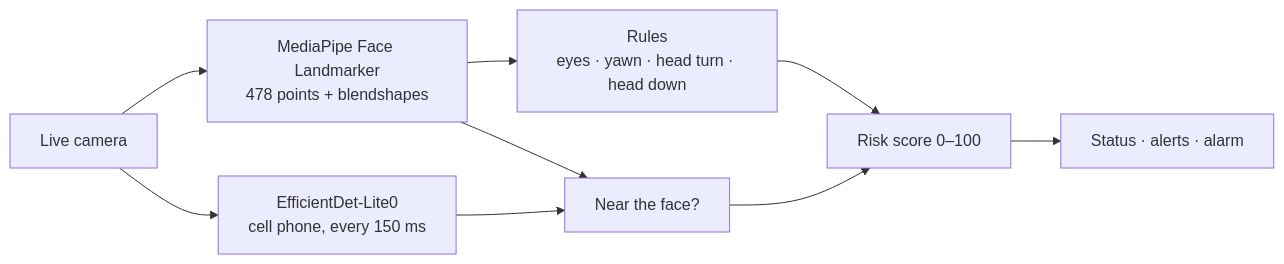
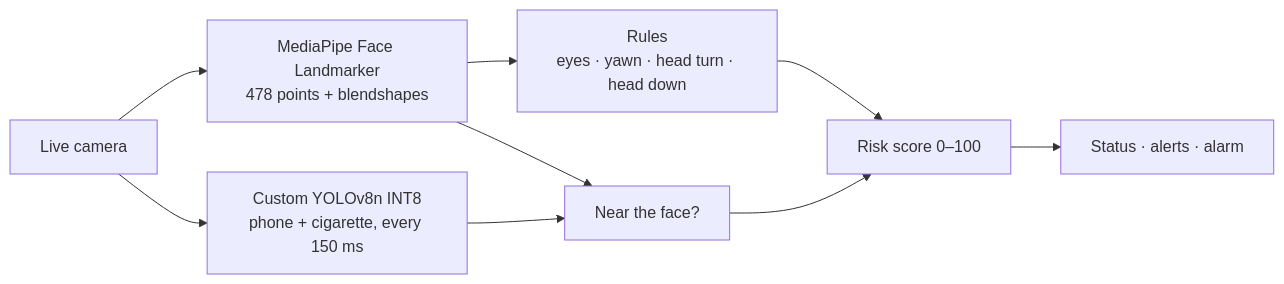
The diagram in README.md (Amanjaiiinnn/dms-web), drawn with Mermaid before and after one commit. The commit also changed other lines of this file and 9 other files, not shown here.

Commit message:
Use the custom phone and cigarette model

````diff
--- a/README.md
+++ b/README.md
@@ -48,11 +50,11 @@
 ```mermaid
 flowchart LR
   cam[Live camera] --> face[MediaPipe Face Landmarker<br/>478 points + blendshapes]
   face --> rules[Rules<br/>eyes · yawn · head turn · head down]
-  cam --> phone[EfficientDet-Lite0<br/>cell phone, every 150 ms]
+  cam --> phone[Custom YOLOv8n INT8<br/>phone + cigarette, every 150 ms]
   face --> near[Near the face?]
   phone --> near
   rules --> score[Risk score 0–100]
   near --> score
   score --> ui[Status · alerts · alarm]
 ```
````
